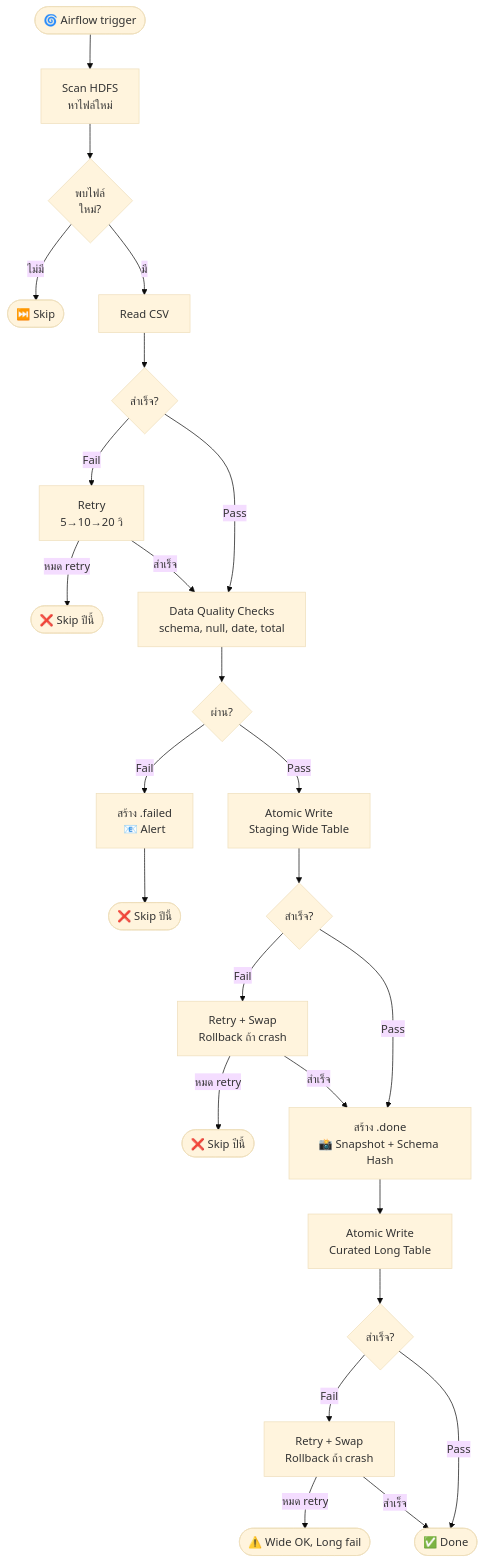
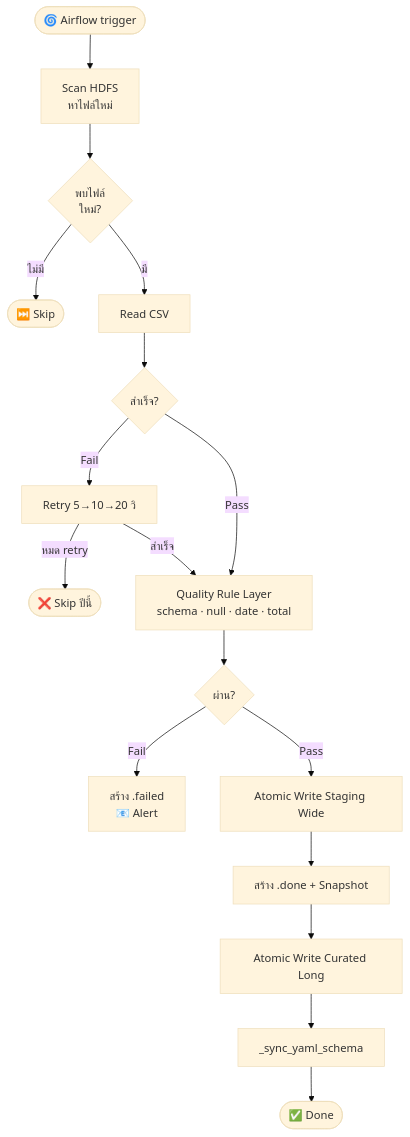
Before and after one commit to Ronnagon-Phukahuta/hadoop-data-pipeline: the second of 3 diagrams in README.md, drawn with Mermaid (base theme). The commit also changed other lines of this file and 43 other files, not shown here.

````diff
--- a/README.md
+++ b/README.md
@@ -315,33 +357,21 @@
 ```mermaid
 flowchart TD
     A([🌀 Airflow trigger]) --> B[Scan HDFS<br/>หาไฟล์ใหม่]
     B --> B1{พบไฟล์<br/>ใหม่?}
     B1 -->|ไม่มี| Z([⏭️ Skip])
     B1 -->|มี| C[Read CSV]
-
     C --> C1{สำเร็จ?}
-    C1 -->|Fail| C2[Retry<br/>5→10→20 วิ]
+    C1 -->|Fail| C2[Retry 5→10→20 วิ]
     C2 -->|หมด retry| FAIL1([❌ Skip ปีนี้])
     C2 -->|สำเร็จ| E
-
     C1 -->|Pass| E
-    E[Data Quality Checks<br/>schema, null, date, total]
+    E[Quality Rule Layer<br/>schema · null · date · total]
     E --> E1{ผ่าน?}
     E1 -->|Fail| E2[สร้าง .failed<br/>📧 Alert]
-    E2 --> FAIL2([❌ Skip ปีนี้])
     E1 -->|Pass| F
-
-    F[Atomic Write<br/>Staging Wide Table]
-    F --> F1{สำเร็จ?}
-    F1 -->|Fail| F2[Retry + Swap<br/>Rollback ถ้า crash]
-    F2 -->|หมด retry| FAIL3([❌ Skip ปีนี้])
-    F2 -->|สำเร็จ| G
-
-    F1 -->|Pass| G[สร้าง .done<br/>📸 Snapshot + Schema Hash]
-    G --> H[Atomic Write<br/>Curated Long Table]
-    H --> H1{สำเร็จ?}
-    H1 -->|Fail| H2[Retry + Swap<br/>Rollback ถ้า crash]
-    H2 -->|หมด retry| FAIL4([⚠️ Wide OK, Long fail])
-    H2 -->|สำเร็จ| DONE
-    H1 -->|Pass| DONE([✅ Done])
+    F[Atomic Write Staging Wide]
+    F --> G[สร้าง .done + Snapshot]
+    G --> H[Atomic Write Curated Long]
+    H --> I[_sync_yaml_schema]
+    I --> DONE([✅ Done])
 ```
````
